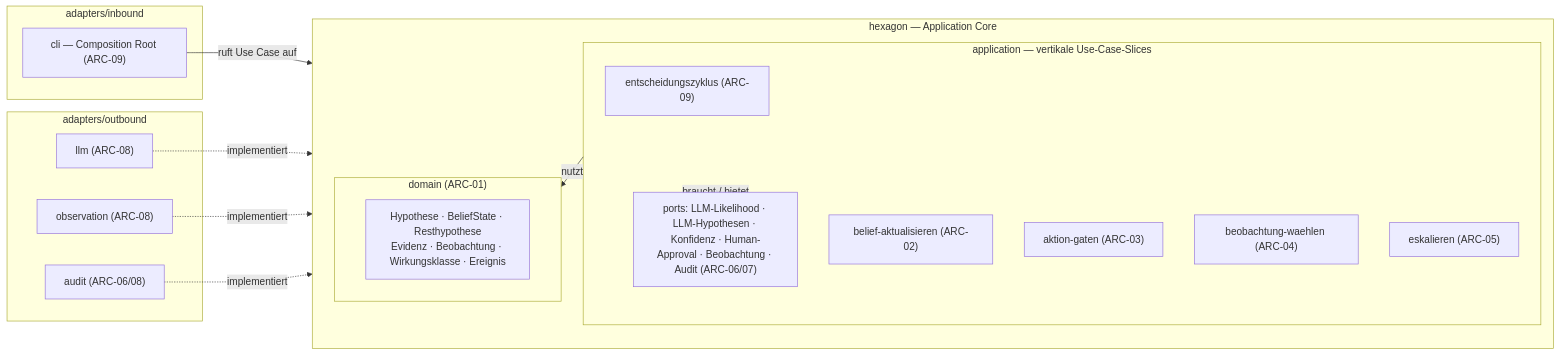
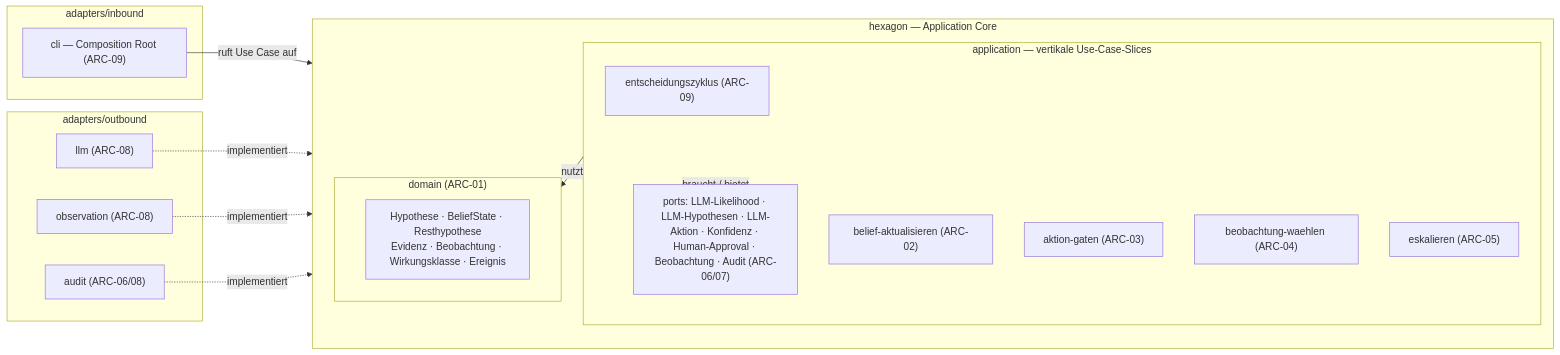
The first of 2 diagrams in spec/architecture.md (pt9912/belief-agent), drawn with Mermaid before and after one commit. The commit also changed other lines of this file and 14 other files, not shown here.

````diff
--- a/spec/architecture.md
+++ b/spec/architecture.md
@@ -22,32 +22,32 @@
 ```mermaid
 flowchart LR
     subgraph IN["adapters/inbound"]
         CLI["cli — Composition Root (ARC-09)"]
     end
     subgraph HEX["hexagon — Application Core"]
         direction TB
         subgraph APP["application — vertikale Use-Case-Slices"]
             ZYK["entscheidungszyklus (ARC-09)"]
             UPD["belief-aktualisieren (ARC-02)"]
             GATE["aktion-gaten (ARC-03)"]
             VOI["beobachtung-waehlen (ARC-04)"]
             ESK["eskalieren (ARC-05)"]
-            PORTS["ports: LLM-Likelihood · LLM-Hypothesen · Konfidenz · Human-Approval · Beobachtung · Audit (ARC-06/07)"]
+            PORTS["ports: LLM-Likelihood · LLM-Hypothesen · LLM-Aktion · Konfidenz · Human-Approval · Beobachtung · Audit (ARC-06/07)"]
         end
         subgraph DOM["domain (ARC-01)"]
             D["Hypothese · BeliefState · Resthypothese<br/>Evidenz · Beobachtung · Wirkungsklasse · Ereignis"]
         end
     end
     subgraph OUT["adapters/outbound"]
         LLM["llm (ARC-08)"]
         OBS["observation (ARC-08)"]
         AUD["audit (ARC-06/08)"]
     end
 
     CLI -->|ruft Use Case auf| ZYK
     APP -->|nutzt| DOM
     APP -->|braucht / bietet| PORTS
     LLM -.implementiert.-> PORTS
     OBS -.implementiert.-> PORTS
     AUD -.implementiert.-> PORTS
 ```
````
